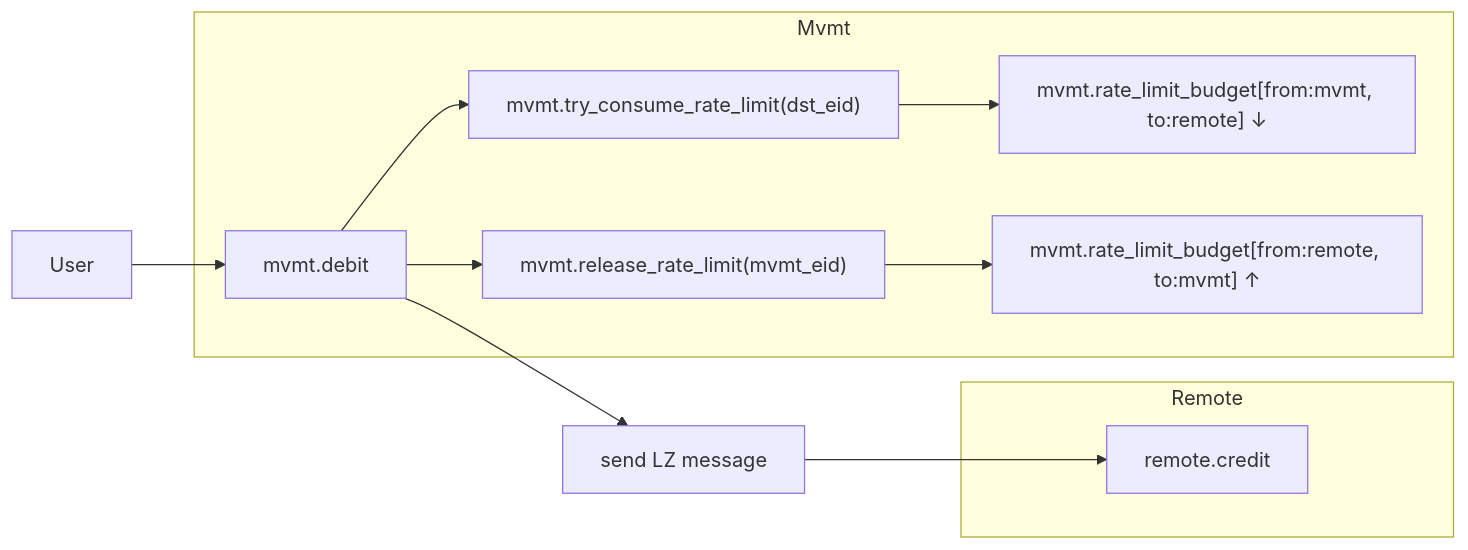
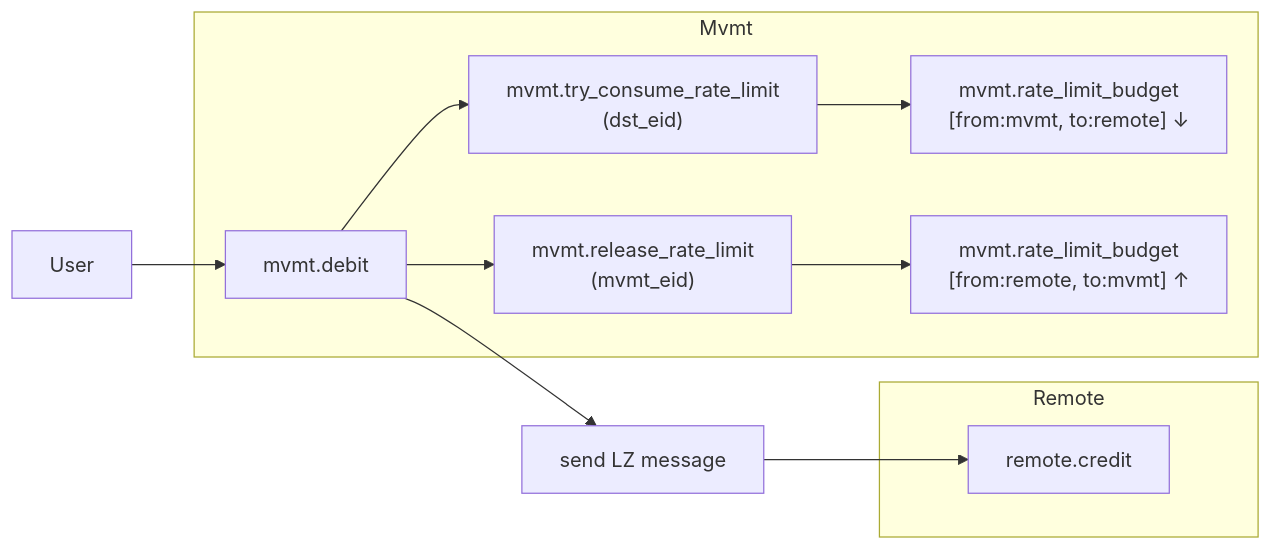
Before and after one commit to movementlabsxyz/MIP: the second of 5 diagrams in MIP/mip-x/README.md, drawn with Mermaid. The commit also changed other lines of this file, not shown here.

Commit message:
improve formats of diagrams

````diff
--- a/MIP/mip-x/README.md
+++ b/MIP/mip-x/README.md
@@ -102,18 +102,18 @@
 ```mermaid
 flowchart LR
     User --> mvmt.debit
 
     subgraph Mvmt
-        mvmt.debit --> consume_dst["mvmt.try_consume_rate_limit(dst_eid)"]
-        consume_dst --> mvmt_rl_remote["mvmt.rate_limit_budget[from:mvmt, to:remote] ↓"]
-        mvmt.debit --> release_mvmt["mvmt.release_rate_limit(mvmt_eid)"]
-        release_mvmt --> mvmt_rl_mvmt["mvmt.rate_limit_budget[from:remote, to:mvmt] ↑"]
+        mvmt.debit --> consume_dst["mvmt.try_consume_rate_limit<br/>(dst_eid)"]
+        consume_dst --> mvmt_rl_remote["mvmt.rate_limit_budget<br/>[from:mvmt, to:remote] ↓"]
+        mvmt.debit --> release_mvmt["mvmt.release_rate_limit<br/>(mvmt_eid)"]
+        release_mvmt --> mvmt_rl_mvmt["mvmt.rate_limit_budget<br/>[from:remote, to:mvmt] ↑"]
     end
 
     mvmt.debit --> send["send LZ message"]
     send --> remote.credit
 
     subgraph Remote
         remote.credit
     end
 ```
````
